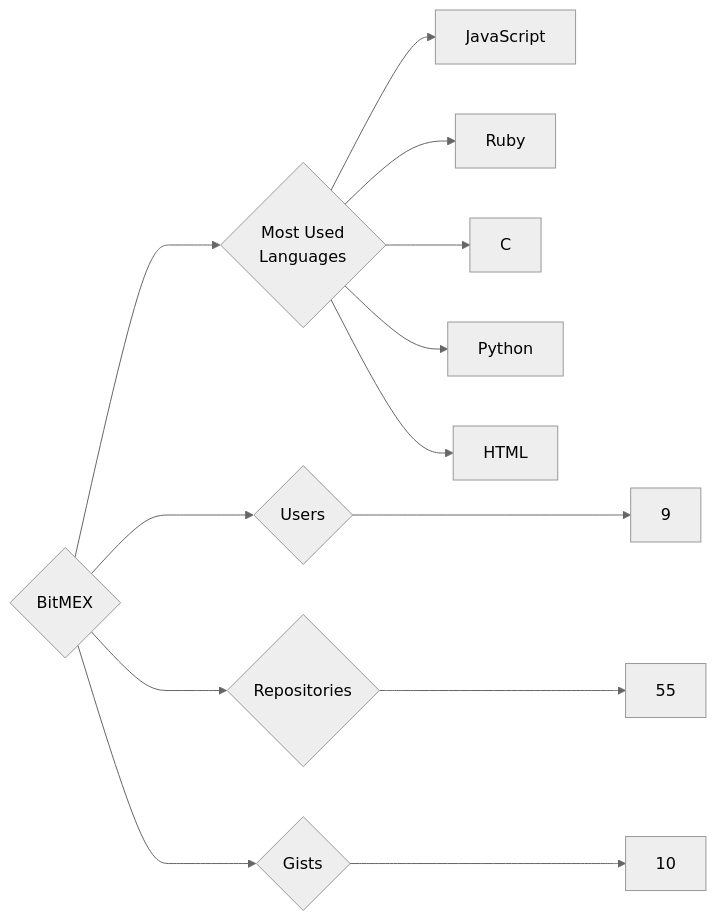
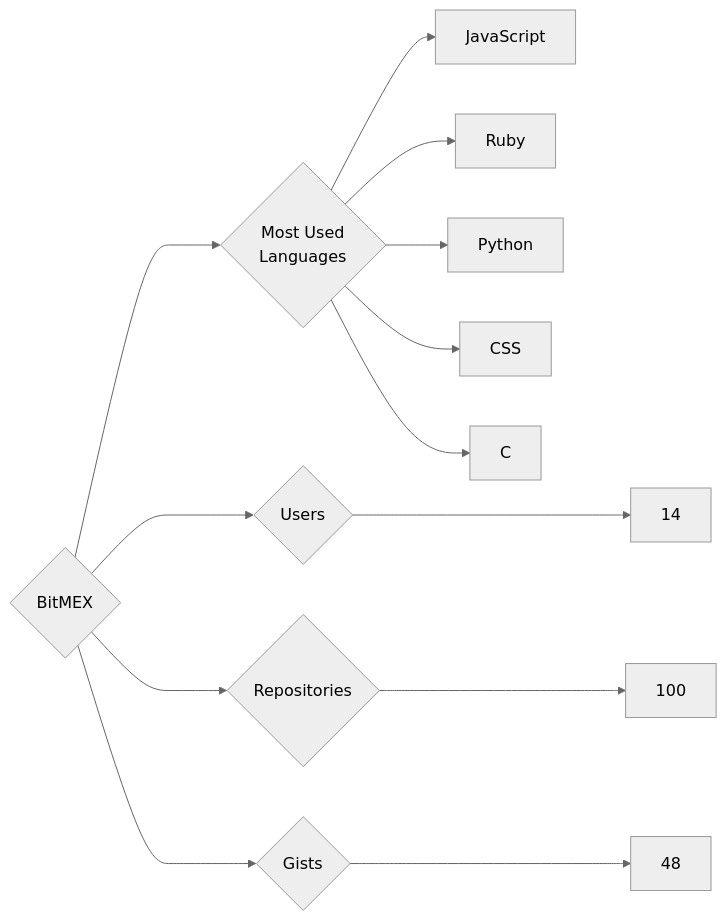
The diagram in targets/BitMEX/README.md (trickest/insiders), drawn with Mermaid (neutral theme) before and after one commit. The commit also changed 772 other files, not shown here.

````diff
--- a/targets/BitMEX/README.md
+++ b/targets/BitMEX/README.md
@@ -3,13 +3,13 @@
 ```mermaid
 graph LR
 COMPANY_NAME{BitMEX}
-COMPANY_NAME ---> U{Users} ---> UN[9]
-COMPANY_NAME ---> R{Repositories} ---> RN[55]
-COMPANY_NAME ---> G{Gists} ---> GN[10]
+COMPANY_NAME ---> U{Users} ---> UN[14]
+COMPANY_NAME ---> R{Repositories} ---> RN[100]
+COMPANY_NAME ---> G{Gists} ---> GN[48]
 COMPANY_NAME ---> ML{Most Used<br>Languages}
 ML --> JavaScript[JavaScript]
 ML --> Ruby[Ruby]
+ML --> Python[Python]
+ML --> CSS[CSS]
 ML --> C[C]
-ML --> Python[Python]
-ML --> HTML[HTML]
 ```
````
